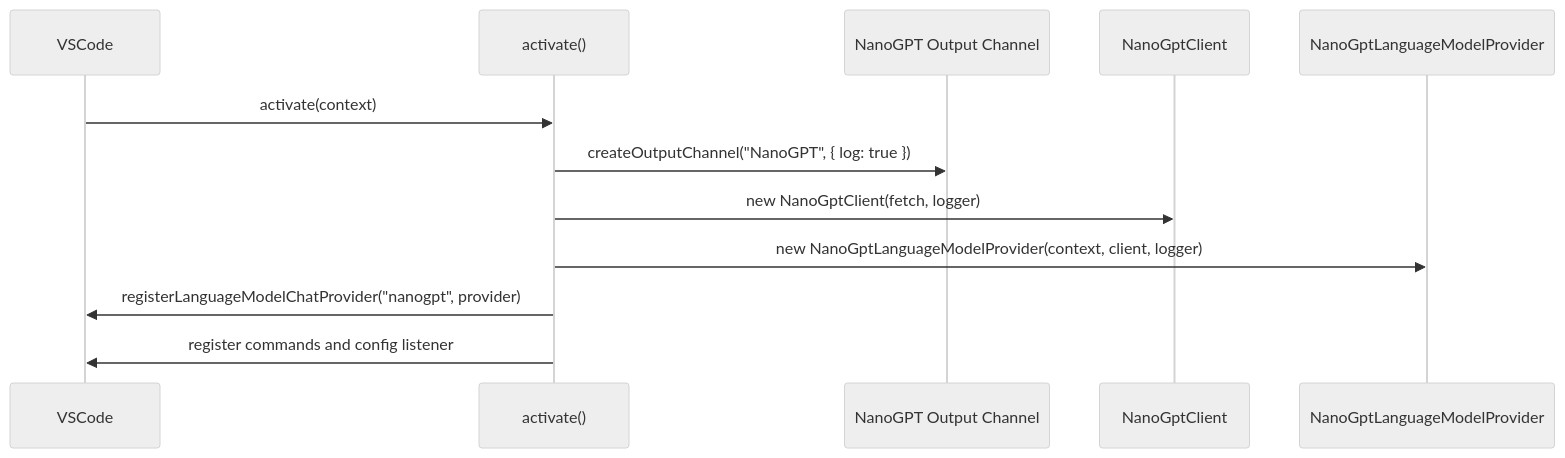
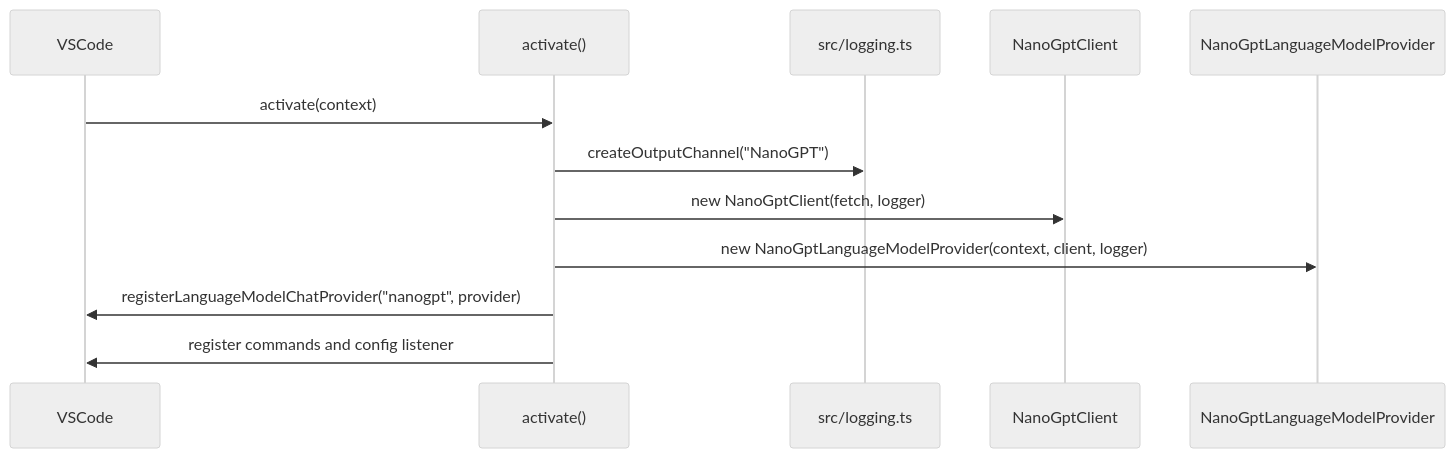
Before and after one commit to deadronos/nanogpt-provider-vscode-extension: the first of 3 diagrams in docs/architecture/runtime-flows.md, drawn with Mermaid (neutral theme). The commit also changed other lines of this file and 22 other files, not shown here.

First line of the commit message:
feat: add NanoGPT request and response handling

````diff
--- a/docs/architecture/runtime-flows.md
+++ b/docs/architecture/runtime-flows.md
@@ -17,15 +17,15 @@
 ```mermaid
 sequenceDiagram
     participant VSCode
     participant Extension as activate()
-    participant Output as NanoGPT Output Channel
+    participant Logging as src/logging.ts
     participant Client as NanoGptClient
     participant Provider as NanoGptLanguageModelProvider
 
     VSCode->>Extension: activate(context)
-    Extension->>Output: createOutputChannel("NanoGPT", { log: true })
+    Extension->>Logging: createOutputChannel("NanoGPT")
     Extension->>Client: new NanoGptClient(fetch, logger)
     Extension->>Provider: new NanoGptLanguageModelProvider(context, client, logger)
     Extension->>VSCode: registerLanguageModelChatProvider("nanogpt", provider)
     Extension->>VSCode: register commands and config listener
 ```
````
